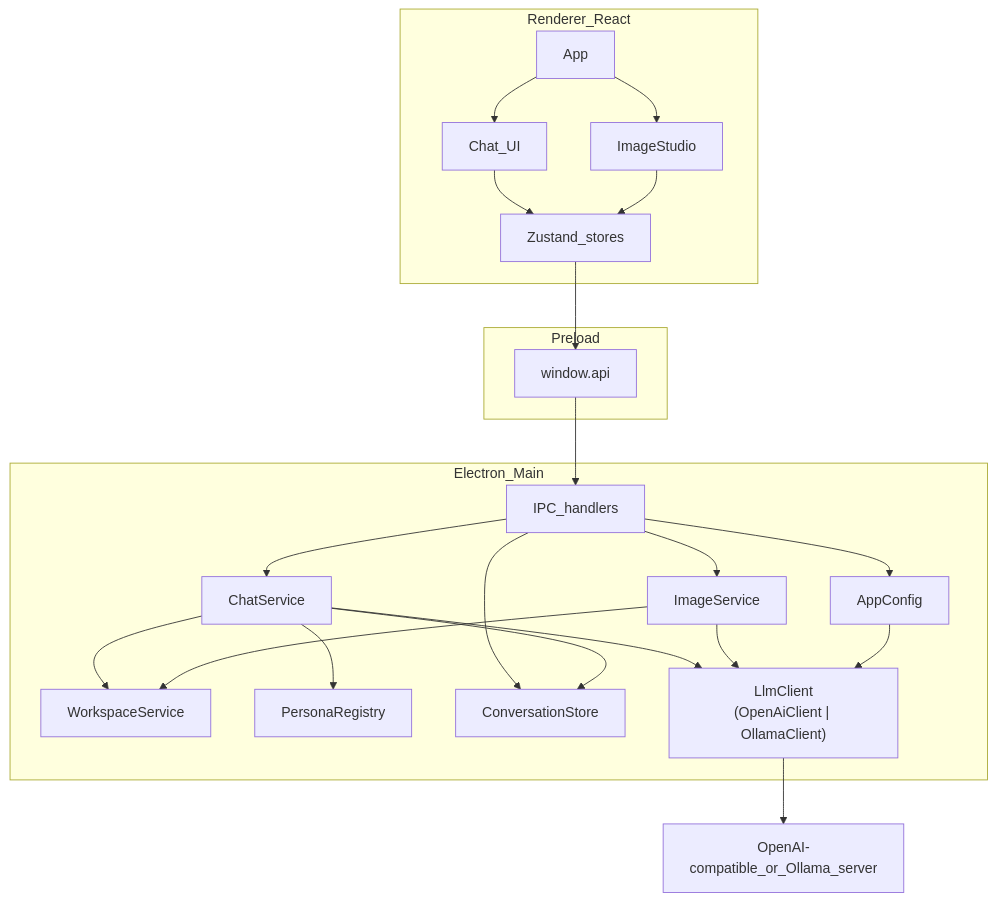
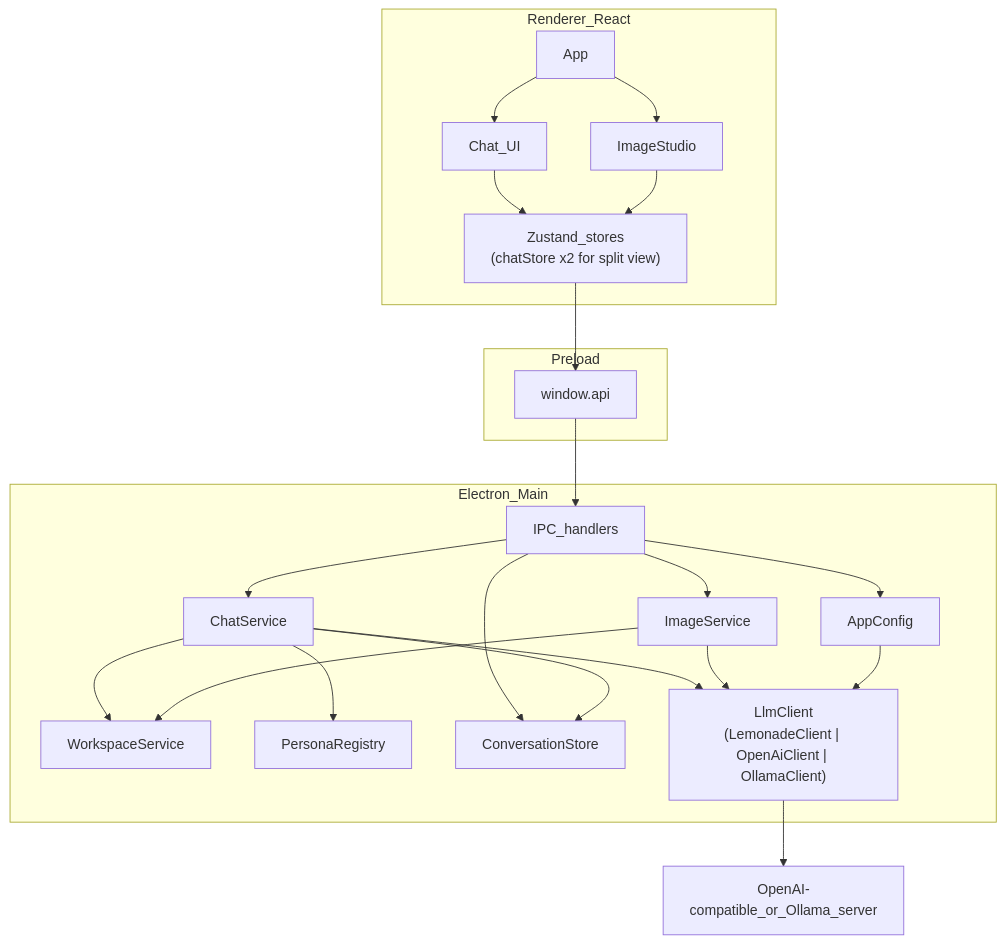
The diagram in desktop/ARCHITECTURE.md (destouma/MultiAgent), drawn with Mermaid before and after one commit. The commit also changed other lines of this file and 15 other files, not shown here.

````diff
--- a/desktop/ARCHITECTURE.md
+++ b/desktop/ARCHITECTURE.md
@@ -52,45 +52,45 @@
 ```mermaid
 flowchart TB
   subgraph renderer [Renderer_React]
     App[App]
     ChatUI[Chat_UI]
     ImageUI[ImageStudio]
-    Stores[Zustand_stores]
+    Stores["Zustand_stores\n(chatStore x2 for split view)"]
   end
 
   subgraph preload [Preload]
     Bridge[window.api]
   end
 
   subgraph main [Electron_Main]
     Handlers[IPC_handlers]
     ChatSvc[ChatService]
     ImageSvc[ImageService]
     Workspace[WorkspaceService]
     Personas[PersonaRegistry]
     DB[ConversationStore]
     Config[AppConfig]
-    Client["LlmClient\n(OpenAiClient | OllamaClient)"]
+    Client["LlmClient\n(LemonadeClient | OpenAiClient | OllamaClient)"]
   end
 
   Server["OpenAI-compatible_or_Ollama_server"]
 
   App --> ChatUI
   App --> ImageUI
   ChatUI --> Stores
   ImageUI --> Stores
   Stores --> Bridge
   Bridge --> Handlers
   Handlers --> ChatSvc
   Handlers --> ImageSvc
   Handlers --> DB
   Handlers --> Config
   ChatSvc --> Personas
   ChatSvc --> Client
   ChatSvc --> Workspace
   ChatSvc --> DB
   ImageSvc --> Client
   ImageSvc --> Workspace
   Client --> Server
   Config --> Client
 ```
````
